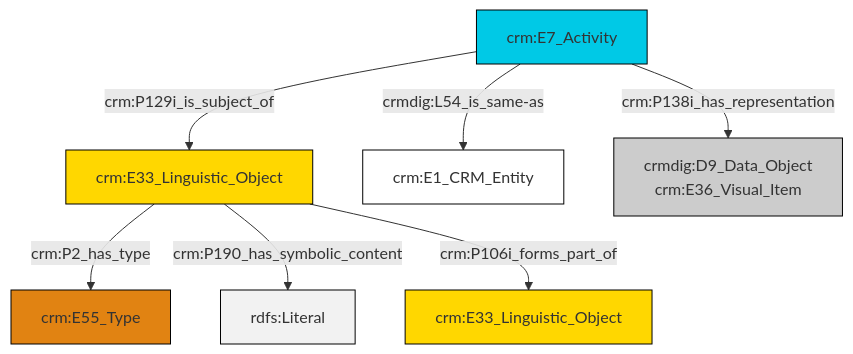
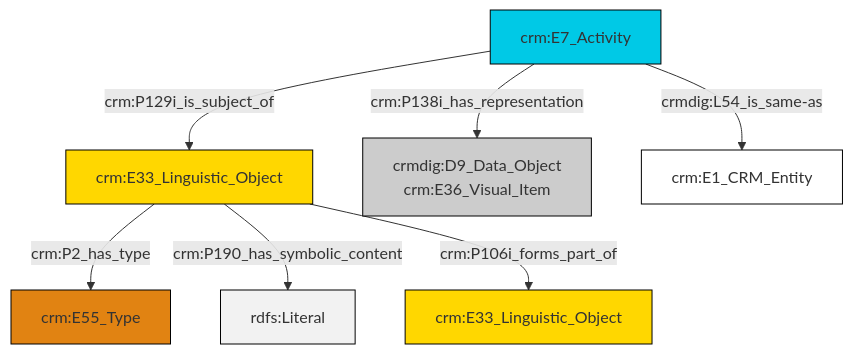
One commit to swiss-art-research-net/reference-data-models changed the diagram in et/eventCSV/ttl/mmd/event_documentation.ttl.mmd. Above: the diagram before and after it, drawn with Mermaid. The commit also changed 127 other files, not shown here.

```diff
--- a/et/eventCSV/ttl/mmd/event_documentation.ttl.mmd
+++ b/et/eventCSV/ttl/mmd/event_documentation.ttl.mmd
@@ -1,21 +1,21 @@
 graph TD
 classDef Literal fill:#f2f2f2,stroke:#000000;
 classDef CRM_Entity fill:#FFFFFF,stroke:#000000;
 classDef Temporal_Entity fill:#00C9E6, stroke:#000000;
 classDef Type fill:#E18312, stroke:#000000;
 classDef Time-Span fill:#2C9C91, stroke:#000000;
 classDef Appellation fill:#FFEB7F, stroke:#000000;
 classDef Place fill:#008836, stroke:#000000;
 classDef Persistent_Item fill:#B266B2, stroke:#000000;
 classDef Conceptual_Object fill:#FFD700, stroke:#000000;
 classDef Physical_Thing fill:#D2B48C, stroke:#000000;
 classDef Actor fill:#f58aad, stroke:#000000;
 classDef PC_Classes fill:#4ce600, stroke:#000000;
 classDef Multi fill:#cccccc,stroke:#000000;
 
-2["crm:E33_Linguistic_Object"]:::Conceptual_Object -->|crm:P2_has_type| 0["crm:E55_Type"]:::Type
-2["crm:E33_Linguistic_Object"]:::Conceptual_Object -->|crm:P190_has_symbolic_content| 3[rdfs:Literal]:::Literal
-2["crm:E33_Linguistic_Object"]:::Conceptual_Object -->|crm:P106i_forms_part_of| 12["crm:E33_Linguistic_Object"]:::Conceptual_Object
-4["crm:E7_Activity"]:::Temporal_Entity -->|crm:P129i_is_subject_of| 2["crm:E33_Linguistic_Object"]:::Conceptual_Object
-4["crm:E7_Activity"]:::Temporal_Entity -->|crmdig:L54_is_same-as| 6["crm:E1_CRM_Entity"]:::CRM_Entity
-4["crm:E7_Activity"]:::Temporal_Entity -->|crm:P138i_has_representation| 8["crmdig:D9_Data_Object<br>crm:E36_Visual_Item"]:::Multi
+2["crm:E33_Linguistic_Object"]:::Conceptual_Object -->|crm:P2_has_type| 3["crm:E55_Type"]:::Type
+8["crm:E7_Activity"]:::Temporal_Entity -->|crmdig:L54_is_same-as| 9["crm:E1_CRM_Entity"]:::CRM_Entity
+2["crm:E33_Linguistic_Object"]:::Conceptual_Object -->|crm:P190_has_symbolic_content| 12[rdfs:Literal]:::Literal
+2["crm:E33_Linguistic_Object"]:::Conceptual_Object -->|crm:P106i_forms_part_of| 0["crm:E33_Linguistic_Object"]:::Conceptual_Object
+8["crm:E7_Activity"]:::Temporal_Entity -->|crm:P138i_has_representation| 6["crmdig:D9_Data_Object<br>crm:E36_Visual_Item"]:::Multi
+8["crm:E7_Activity"]:::Temporal_Entity -->|crm:P129i_is_subject_of| 2["crm:E33_Linguistic_Object"]:::Conceptual_Object
```
